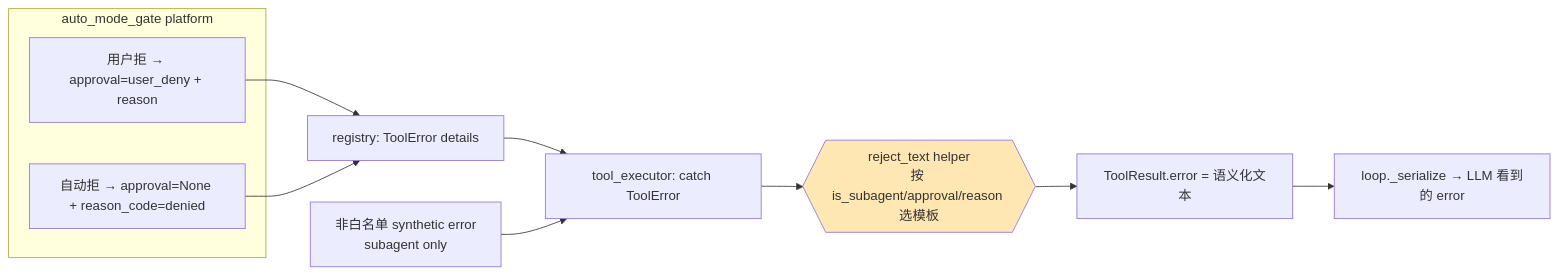
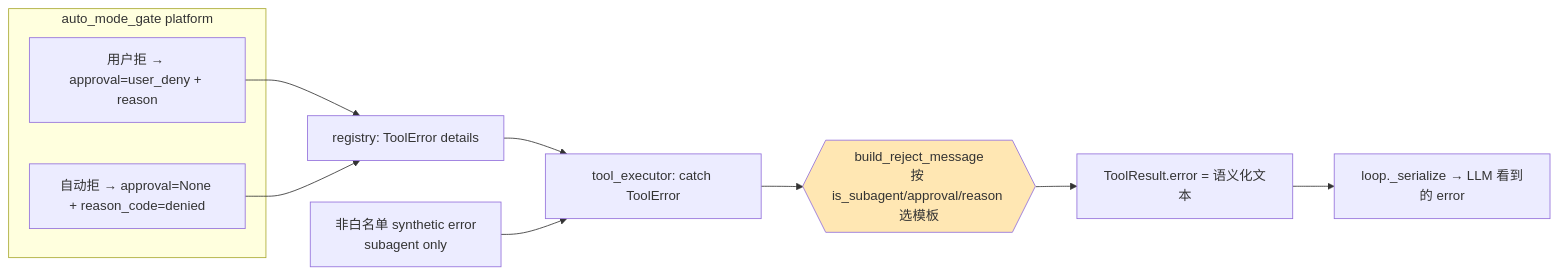
One commit to Mrchen116/nano-multiagent changed the first of 3 diagrams in docs/changes/feat-440-tool-rejection-feedback/design.md. Above: the diagram before and after it, drawn with Mermaid. The commit also changed other lines of this file and 2 other files, not shown here.

First line of the commit message:
docs(feat-440): 应对 design-review — 自动拒收敛单模板消歧义 + 修 helper 命名/死路径标注

````diff
--- a/docs/changes/feat-440-tool-rejection-feedback/design.md
+++ b/docs/changes/feat-440-tool-rejection-feedback/design.md
@@ -45,15 +45,15 @@
 ```mermaid
 graph LR
   subgraph gate[auto_mode_gate platform]
     A[用户拒 → approval=user_deny + reason]
     B[自动拒 → approval=None + reason_code=denied]
   end
   A --> R[registry: ToolError details]
   B --> R
   R --> TE[tool_executor: catch ToolError]
   ALW[非白名单 synthetic error<br/>subagent only] --> TE
-  TE --> H{{reject_text helper<br/>按 is_subagent/approval/reason 选模板}}
+  TE --> H{{build_reject_message<br/>按 is_subagent/approval/reason 选模板}}
   H --> TR[ToolResult.error = 语义化文本]
   TR --> S[loop._serialize → LLM 看到的 error]
   style H fill:#ffe7b3
 ```
````
